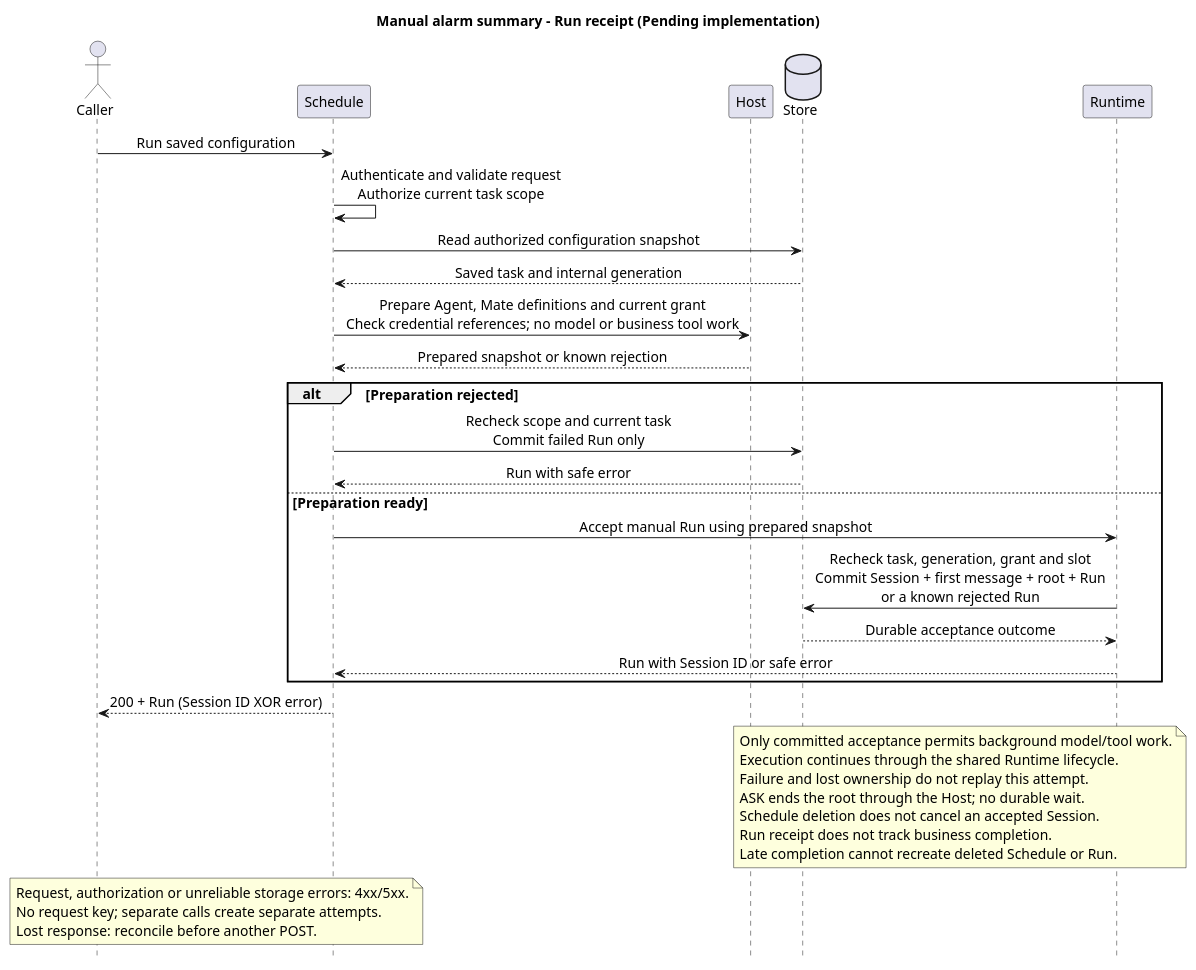
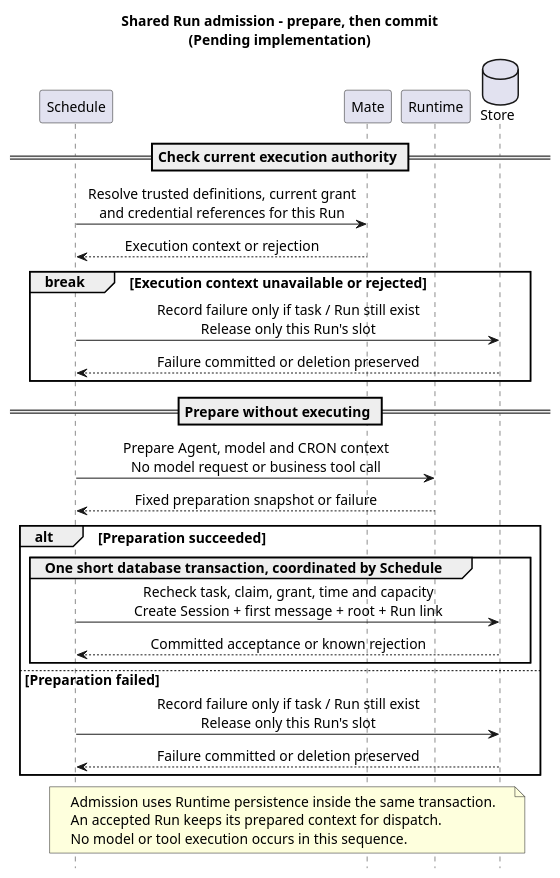
The fifth of 5 diagrams in 01-总体架构/08-CampusClaw定时任务/diagram.puml (ssm0808/pi-mono-java-design), drawn with PlantUML before and after one commit. The commit also changed other lines of this file and 10 other files, not shown here.

Commit message:
docs(schedule): clarify sequence roles and shared admission

```diff
--- a/01-总体架构/08-CampusClaw定时任务/diagram.puml
+++ b/01-总体架构/08-CampusClaw定时任务/diagram.puml
@@ -203,50 +220,42 @@
-@startuml schedule_manual_run
-' Target: Pending implementation; manual alarm summary from request to Run response.
-' Baseline: Claude deployments/run and deployment_runs, checked 2026-10-05, Beta.
-' Java baseline: 553dcd5e2ff682f9684810a043b442b37a02e54a, main, fetched 2026-10-05.
-' Source: modules/cron/src/main/java/com/campusclaw/cron/engine/CronEngine.java triggerJob.
-' Source: modules/coding-agent-cli/src/main/java/com/campusclaw/codingagent/tool/cron/ManagedCronSessionRunner.java execute.
+@startuml schedule_run_admission
+' Java baseline: 553dcd5e2ff682f9684810a043b442b37a02e54a; main fetched 2026-10-08 (unchanged).
+' Source: modules/coding-agent-cli/src/main/java/com/campusclaw/codingagent/session/AgentSessionFactory.java create.
+' Source: modules/coding-agent-cli/src/main/java/com/campusclaw/codingagent/runtimeapi/event/RuntimeMessageEventService.java submitLocked.
 ' Source: modules/coding-agent-cli/src/main/java/com/campusclaw/codingagent/runtimeapi/persistence/RuntimeExecutionPersistenceService.java acceptMessage.
-' Design reason: return a durable acceptance outcome without waiting for model completion.
-' Architecture change: manual and automatic entries share admission, not legacy prompt.join().
-title Manual alarm summary - Run receipt (Pending implementation)
+' Presentation: Schedule coordinates the transaction; Runtime provides preparation and persistence capabilities.
+' Design reason: remote grant checks finish before the short acceptance transaction.
+' Target: Pending implementation; a reserved Run enters, a known admission result leaves; no execution here.
+title Shared Run admission - prepare, then commit\n(Pending implementation)
 hide footbox
 skinparam backgroundColor white
 skinparam defaultFontSize 14
 skinparam sequenceMessageAlign center
-actor Caller
 participant Schedule
-participant Host
+participant Mate
+participant Runtime
 database Store
-participant Runtime
-Caller -> Schedule : Run saved configuration
-Schedule -> Schedule : Authenticate and validate request\nAuthorize current task scope
-Schedule -> Store : Read authorized configuration snapshot
-Store --> Schedule : Saved task and internal generation
-Schedule -> Host : Prepare Agent, Mate definitions and current grant\nCheck credential references; no model or business tool work
-Host --> Schedule : Prepared snapshot or known rejection
-alt Preparation rejected
-  Schedule -> Store : Recheck scope and current task\nCommit failed Run only
-  Store --> Schedule : Run with safe error
-else Preparation ready
-  Schedule -> Runtime : Accept manual Run using prepared snapshot
-  Runtime -> Store : Recheck task, generation, grant and slot\nCommit Session + first message + root + Run\nor a known rejected Run
-  Store --> Runtime : Durable acceptance outcome
-  Runtime --> Schedule : Run with Session ID or safe error
+== Check current execution authority ==
+Schedule -> Mate : Resolve trusted definitions, current grant\nand credential references for this Run
+Mate --> Schedule : Execution context or rejection
+break Execution context unavailable or rejected
+  Schedule -> Store : Record failure only if task / Run still exist\nRelease only this Run's slot
+  Store --> Schedule : Failure committed or deletion preserved
 end
-Schedule --> Caller : 200 + Run (Session ID XOR error)
-note over Store, Runtime
-  Only committed acceptance permits background model/tool work.
-  Execution continues through the shared Runtime lifecycle.
-  Failure and lost ownership do not replay this attempt.
-  ASK ends the root through the Host; no durable wait.
-  Schedule deletion does not cancel an accepted Session.
-  Run receipt does not track business completion.
-  Late completion cannot recreate deleted Schedule or Run.
-end note
-note over Caller, Schedule
-  Request, authorization or unreliable storage errors: 4xx/5xx.
-  No request key; separate calls create separate attempts.
-  Lost response: reconcile before another POST.
+== Prepare without executing ==
+Schedule -> Runtime : Prepare Agent, model and CRON context\nNo model request or business tool call
+Runtime --> Schedule : Fixed preparation snapshot or failure
+alt Preparation succeeded
+  group One short database transaction, coordinated by Schedule
+    Schedule -> Store : Recheck task, claim, grant, time and capacity\nCreate Session + first message + root + Run link
+    Store --> Schedule : Committed acceptance or known rejection
+  end
+else Preparation failed
+  Schedule -> Store : Record failure only if task / Run still exist\nRelease only this Run's slot
+  Store --> Schedule : Failure committed or deletion preserved
+end
+note over Schedule, Store
+  Admission uses Runtime persistence inside the same transaction.
+  An accepted Run keeps its prepared context for dispatch.
+  No model or tool execution occurs in this sequence.
 end note
 @enduml
```
